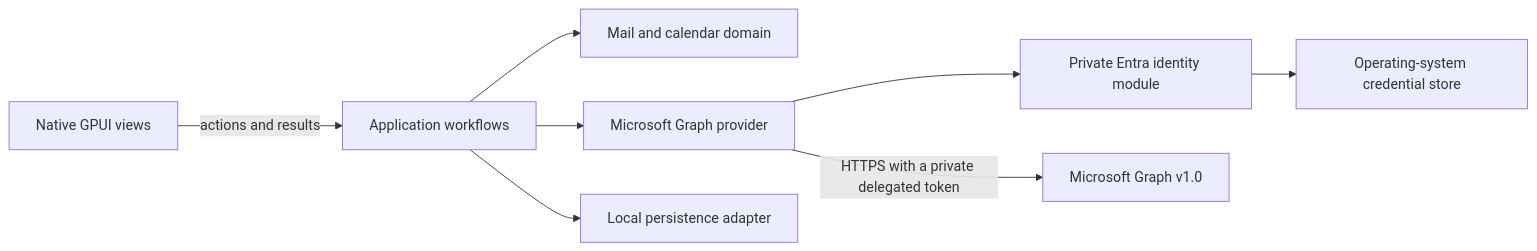
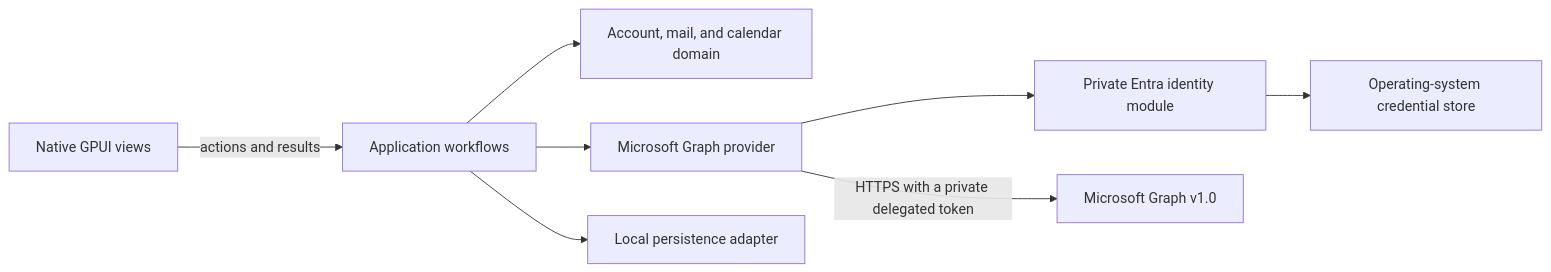
One commit to 1fach/einfach-mail changed the diagram in docs/architecture/system.md. Above: the diagram before and after it, drawn with Mermaid. The commit also changed other lines of this file and 33 other files, not shown here.

````diff
--- a/docs/architecture/system.md
+++ b/docs/architecture/system.md
@@ -7,10 +7,10 @@
 ```mermaid
 flowchart LR
     View[Native GPUI views] -->|actions and results| App[Application workflows]
-    App --> Domain[Mail and calendar domain]
+    App --> Domain[Account, mail, and calendar domain]
     App --> Graph[Microsoft Graph provider]
     App --> Store[Local persistence adapter]
     Graph --> Identity[Private Entra identity module]
     Identity --> Vault[Operating-system credential store]
     Graph -->|HTTPS with a private delegated token| MS[Microsoft Graph v1.0]
 ```
````
